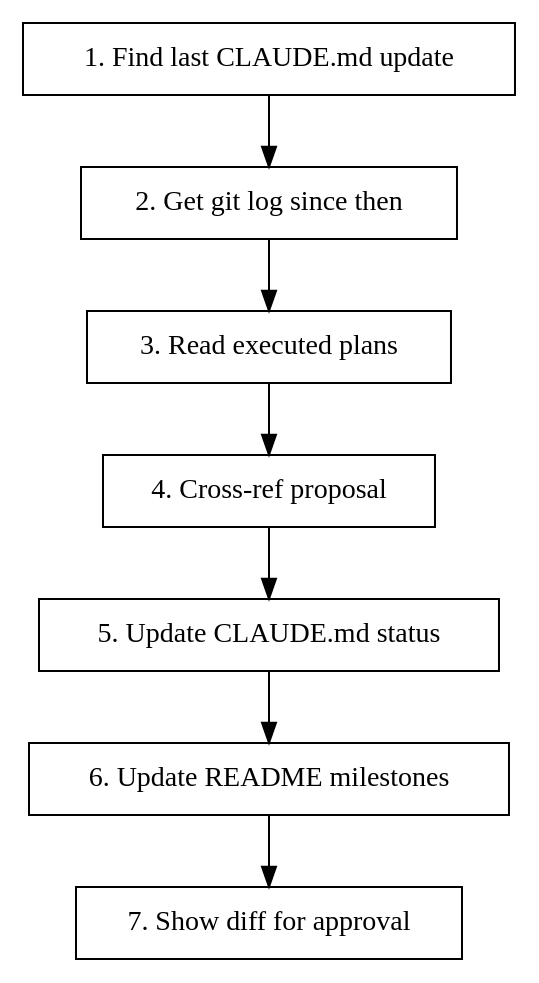
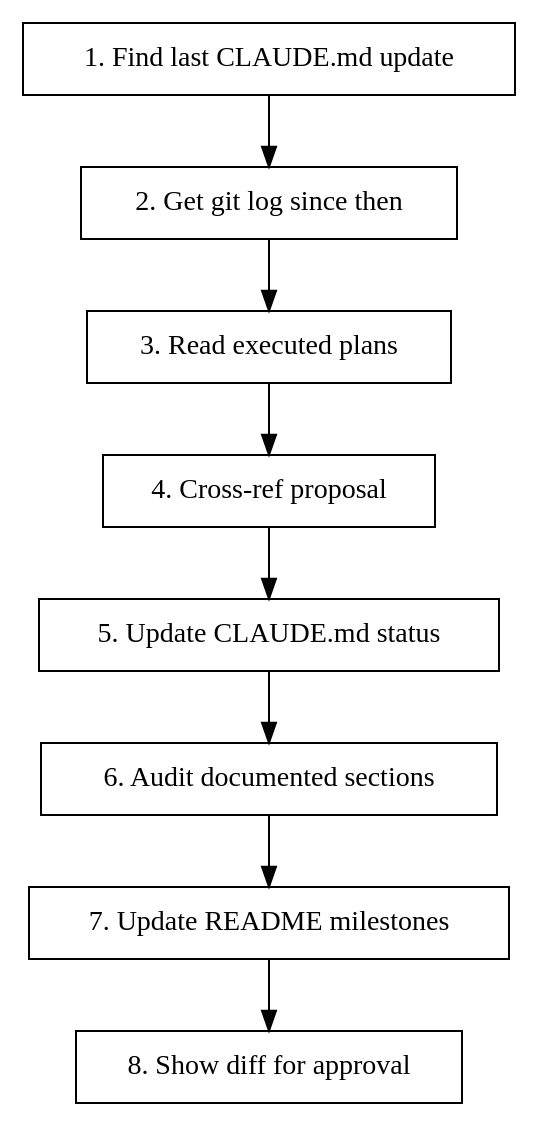
The diagram in .claude/skills/update-status/SKILL.md (milobedini/bwell), drawn with Graphviz before and after one commit. The commit also changed other lines of this file and 2 other files, not shown here.

First line of the commit message:
chore: update-status skill audits all documented sections, fix query defaults drift

````diff
--- a/.claude/skills/update-status/SKILL.md
+++ b/.claude/skills/update-status/SKILL.md
@@ -14,19 +14,21 @@
 ```dot
 digraph update_status {
   rankdir=TB;
   "1. Find last CLAUDE.md update" [shape=box];
   "2. Get git log since then" [shape=box];
   "3. Read executed plans" [shape=box];
   "4. Cross-ref proposal" [shape=box];
   "5. Update CLAUDE.md status" [shape=box];
-  "6. Update README milestones" [shape=box];
-  "7. Show diff for approval" [shape=box];
+  "6. Audit documented sections" [shape=box];
+  "7. Update README milestones" [shape=box];
+  "8. Show diff for approval" [shape=box];
 
   "1. Find last CLAUDE.md update" -> "2. Get git log since then";
   "2. Get git log since then" -> "3. Read executed plans";
   "3. Read executed plans" -> "4. Cross-ref proposal";
   "4. Cross-ref proposal" -> "5. Update CLAUDE.md status";
-  "5. Update CLAUDE.md status" -> "6. Update README milestones";
-  "6. Update README milestones" -> "7. Show diff for approval";
+  "5. Update CLAUDE.md status" -> "6. Audit documented sections";
+  "6. Audit documented sections" -> "7. Update README milestones";
+  "7. Update README milestones" -> "8. Show diff for approval";
 }
 ```
````
